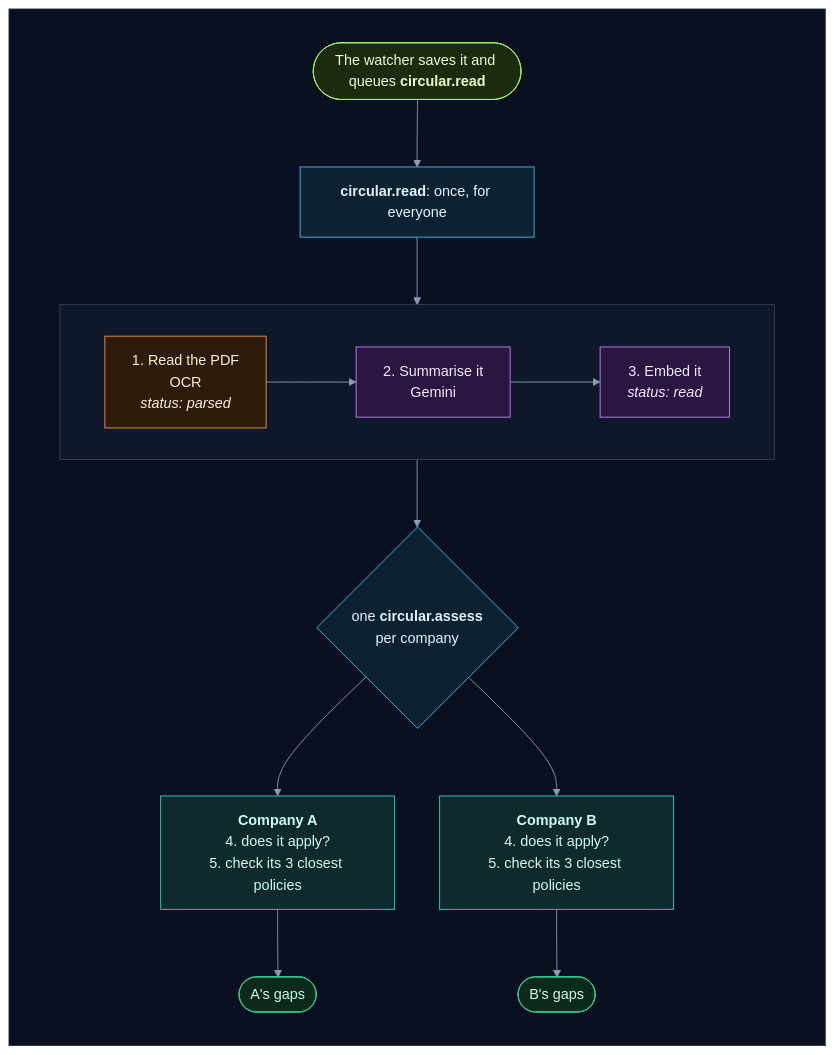
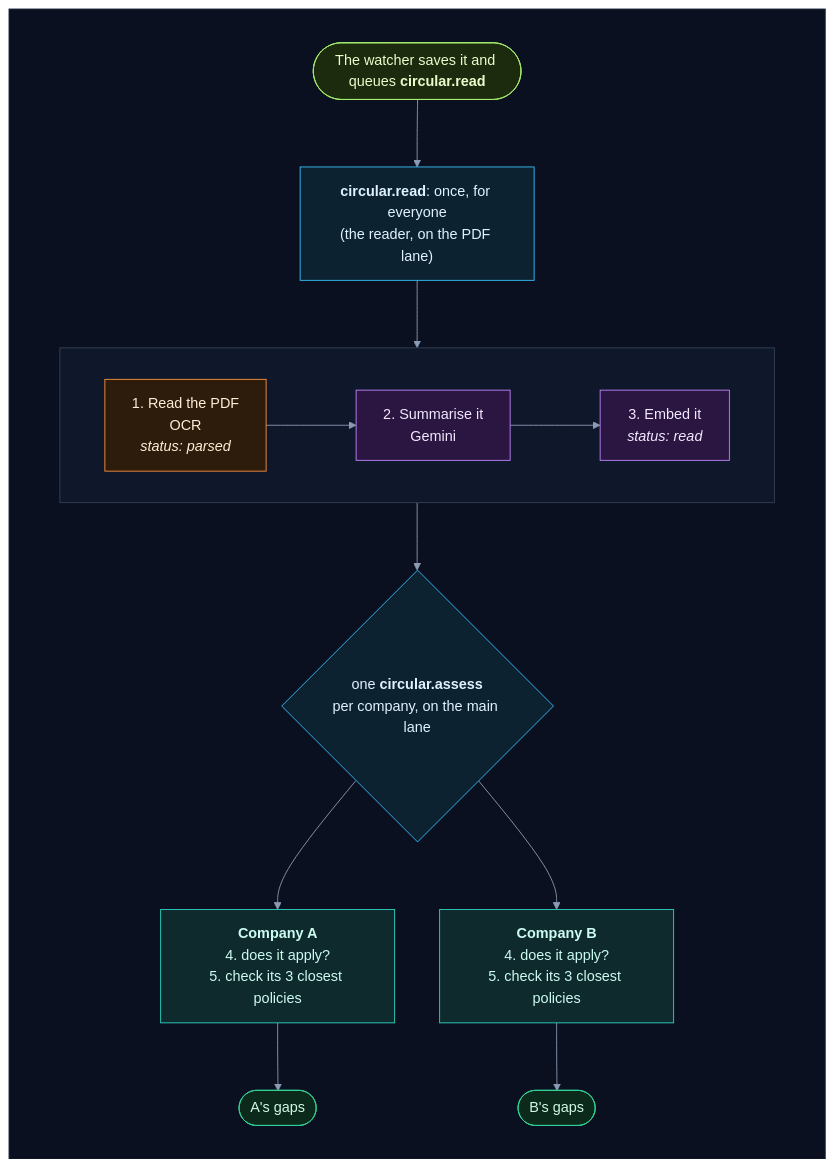
The second of 20 diagrams in how_the_worker_works.md (selvakumarperumal/Regulatory_Circular_Impact_Agent), drawn with Mermaid before and after one commit. The commit also changed other lines of this file and 7 other files, not shown here.

Commit message:
Document the PDF lane and the main lane

````diff
--- a/how_the_worker_works.md
+++ b/how_the_worker_works.md
@@ -104,37 +112,37 @@
 ```mermaid
 %%{init: {"theme": "base", "flowchart": {"diagramPadding": 0}, "themeVariables": {"darkMode": true, "primaryColor": "#16213a", "primaryTextColor": "#e6edf7", "primaryBorderColor": "#475a7a", "lineColor": "#8b9bb4", "secondaryColor": "#1b2436", "tertiaryColor": "#101a2e", "edgeLabelBackground": "#0f172a", "textColor": "#e2e8f0", "clusterBkg": "#0f1728", "clusterBorder": "#2b3a55", "titleColor": "#c4b5fd", "nodeTextColor": "#e6edf7"}}}%%
 flowchart TD
     subgraph canvas[" "]
         direction TB
-        s0(["The watcher saves it and queues <b>circular.read</b>"]) --> r["<b>circular.read</b>: once, for everyone"]
+        s0(["The watcher saves it and queues <b>circular.read</b>"]) --> r["<b>circular.read</b>: once, for everyone<br/>(the reader, on the PDF lane)"]
         subgraph read[" "]
             direction LR
             r1["1. Read the PDF<br/>OCR<br/><i>status: parsed</i>"] --> r2["2. Summarise it<br/>Gemini"]
             r2 --> r3["3. Embed it<br/><i>status: read</i>"]
         end
         r --> read
-        read --> fan{"one <b>circular.assess</b><br/>per company"}
+        read --> fan{"one <b>circular.assess</b><br/>per company, on the main lane"}
         fan --> a1["<b>Company A</b><br/>4. does it apply?<br/>5. check its 3 closest policies"]
         fan --> a2["<b>Company B</b><br/>4. does it apply?<br/>5. check its 3 closest policies"]
         a1 --> d1(["A's gaps"])
         a2 --> d2(["B's gaps"])
     end
     classDef svc fill:#0e2a2c,stroke:#2dd4bf,color:#ccfbf1
     classDef data fill:#1c1a47,stroke:#818cf8,color:#e0e7ff
     classDef ext fill:#2a1640,stroke:#c084fc,color:#f3e8ff
     classDef gpu fill:#2d1b0c,stroke:#fb923c,color:#ffedd5
     classDef ask fill:#2a2410,stroke:#fbbf24,color:#fef3c7
     classDef ok fill:#0b2a1c,stroke:#34d399,color:#d1fae5
     classDef bad fill:#2e0f17,stroke:#fb7185,color:#ffe4e6
     classDef start fill:#1c2a0e,stroke:#a7ef6f,color:#ecfccb
     classDef muted fill:#1a2130,stroke:#64748b,color:#cbd5e1
     classDef queue fill:#0c2231,stroke:#38bdf8,color:#e0f2fe
     class s0 start
     class r,fan queue
     class r1 gpu
     class r2,r3 ext
     class a1,a2 svc
     class d1,d2 ok
     style read fill:#0f172a,stroke:#334155,color:#94a3b8
     style canvas fill:#0b1020,stroke:#1e293b,color:#0b1020
 ```
````
